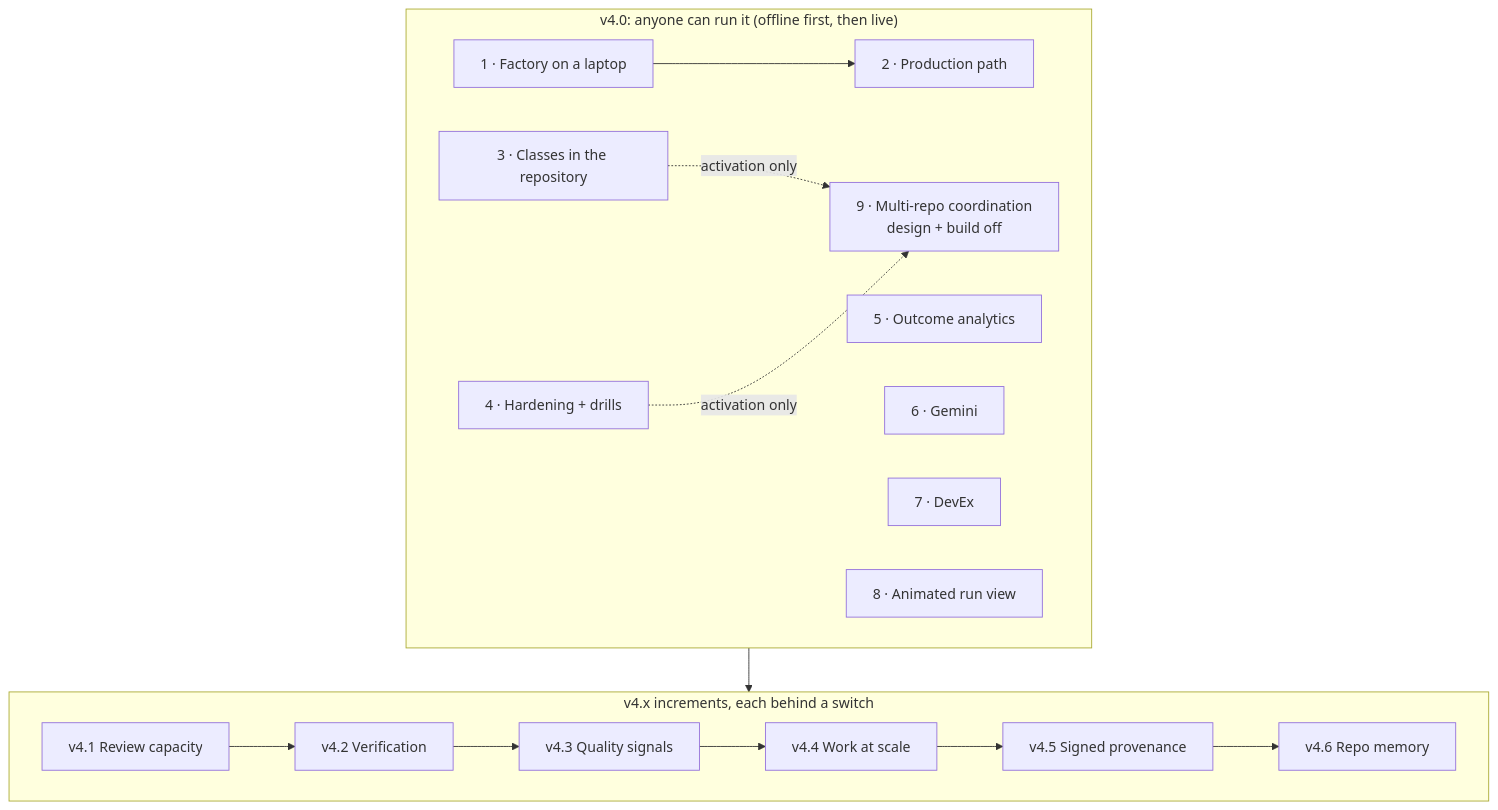
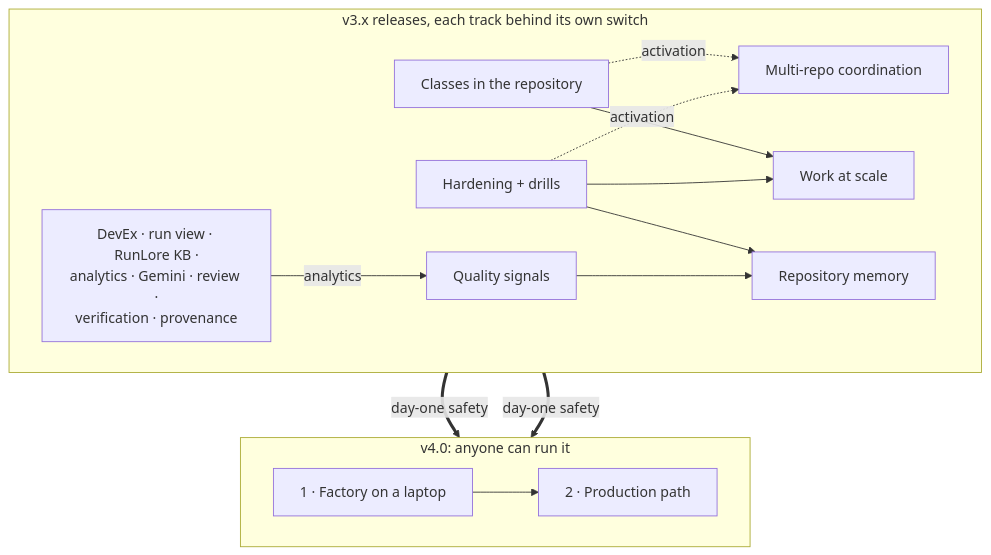
The diagram in docs/superpowers/specs/2026-10-31-v4-roadmap-design.md (Smana/ai-native-ref), drawn with Mermaid before and after one commit. The commit also changed other lines of this file and 6 other files, not shown here.

First line of the commit message:
docs(roadmap): v4.0 is anyone can run it; everything before it ships as v3.x tracks (#305)

````diff
--- a/docs/superpowers/specs/2026-10-31-v4-roadmap-design.md
+++ b/docs/superpowers/specs/2026-10-31-v4-roadmap-design.md
@@ -91,22 +151,26 @@
 ```mermaid
 flowchart TB
-  subgraph core["v4.0: anyone can run it (offline first, then live)"]
+  subgraph v3x["v3.x releases, each track behind its own switch"]
     direction LR
-    a1["1 · Factory on a laptop"] --> a2["2 · Production path"]
-    a3["3 · Classes in the repository"]
-    a4["4 · Hardening + drills"]
-    a5["5 · Outcome analytics"]
-    a6["6 · Gemini"]
-    a7["7 · DevEx"]
-    a8["8 · Animated run view"]
-    a9["9 · Multi-repo coordination<br/>design + build off"]
-    a3 -. "activation only" .-> a9
-    a4 -. "activation only" .-> a9
+    classes["Classes in the repository"]
+    hard["Hardening + drills"]
+    other["DevEx · run view · RunLore KB ·<br/>analytics · Gemini · review ·<br/>verification · provenance"]
+    multi["Multi-repo coordination"]
+    scale["Work at scale"]
+    quality["Quality signals"]
+    memory["Repository memory"]
+    classes -. "activation" .-> multi
+    hard -. "activation" .-> multi
+    classes --> scale
+    hard --> scale
+    other -- "analytics" --> quality
+    hard --> memory
+    quality --> memory
   end
-  subgraph inc["v4.x increments, each behind a switch"]
+  subgraph v40["v4.0: anyone can run it"]
     direction LR
-    i1["v4.1 Review capacity"] --> i2["v4.2 Verification"] --> i3["v4.3 Quality signals"]
-    i3 --> i4["v4.4 Work at scale"] --> i5["v4.5 Signed provenance"] --> i6["v4.6 Repo memory"]
+    laptop["1 · Factory on a laptop"] --> prod["2 · Production path"]
   end
-  core --> inc
+  classes == "day-one safety" ==> v40
+  hard == "day-one safety" ==> v40
 ```
````
